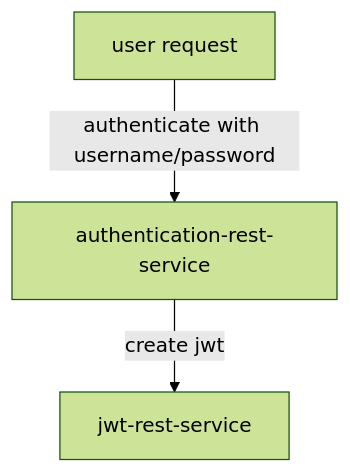
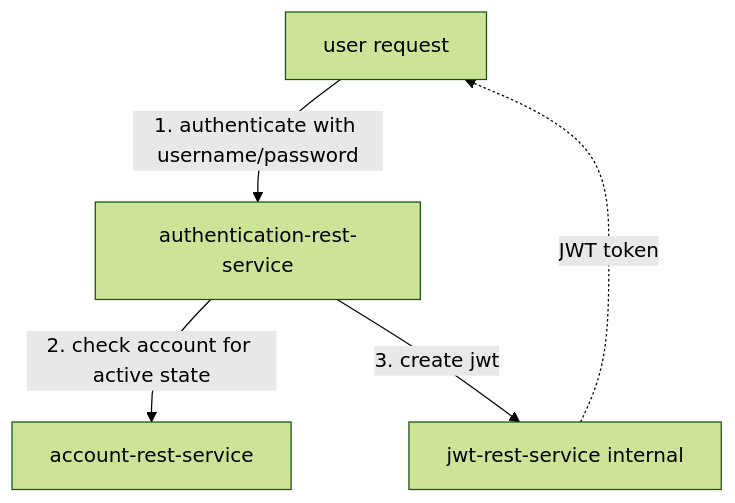
One commit to sonamsamdupkhangsar/sonamsamdupkhangsar.github.io changed the third of 4 diagrams in README.md. Above: the diagram before and after it, drawn with Mermaid (forest theme). The commit also changed other lines of this file, not shown here.

Commit message:
update with jwt token

````diff
--- a/README.md
+++ b/README.md
@@ -50,5 +50,7 @@
 ```mermaid
 flowchart TD
-    A[user request] --> |authenticate with username/password| B[authentication-rest-service]
-    B --> | create jwt| C[jwt-rest-service]    
+    UserRequest[user request] --> |1. authenticate with username/password| AuthenticationRestService[authentication-rest-service]    
+    AuthenticationRestService --> |2. check account for active state| AccountRestService[account-rest-service]
+    AuthenticationRestService --> |3. create jwt| JwtRestService[jwt-rest-service internal]    
+    JwtRestService -. JWT token .-> UserRequest    
 ``` 
````
